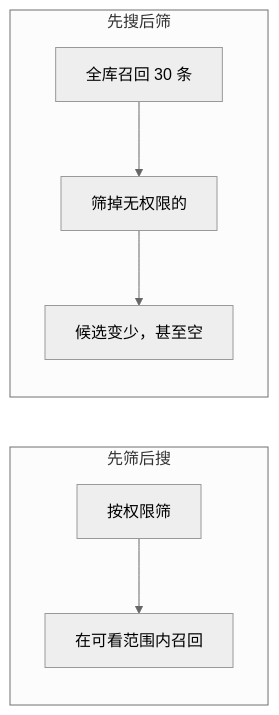
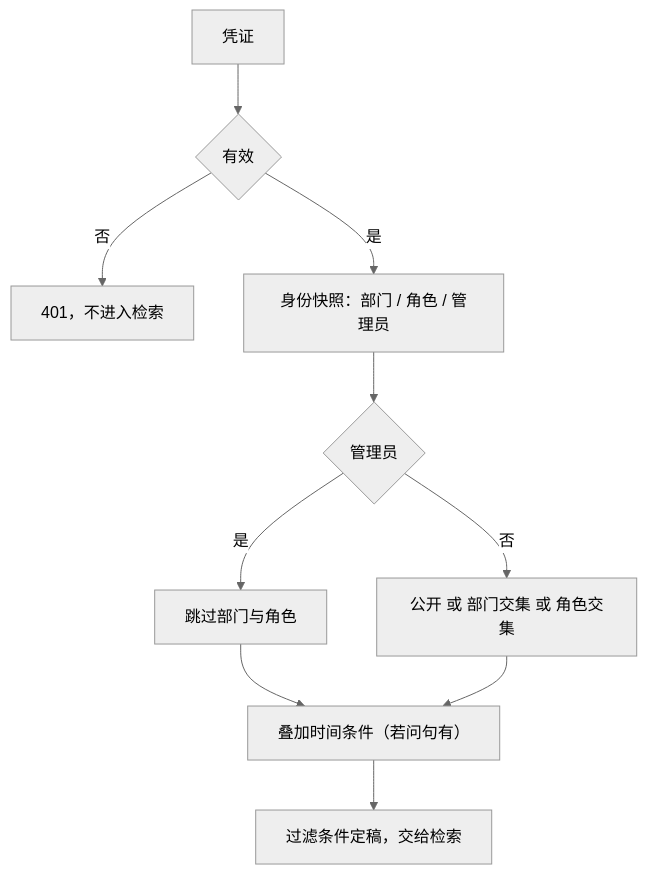
Before and after one commit to kvchen95/ai-rag: the eighth of 15 diagrams in 详细设计.md, drawn with Mermaid (neutral theme). The commit also changed other lines of this file, not shown here.

Commit message:
docs: 重写详细设计文档，按架构图集与概要设计细化

````diff
--- a/详细设计.md
+++ b/详细设计.md
@@ -334,10 +346,12 @@
 ```mermaid
-flowchart LR
-    subgraph A["先筛后搜"]
-        A1["按权限筛"] --> A2["在可看范围内召回"]
-    end
-    subgraph B["先搜后筛"]
-        B1["全库召回 30 条"] --> B2["筛掉无权限的"]
-        B2 --> B3["候选变少，甚至空"]
-    end
+flowchart TD
+    A["凭证"] --> B{"有效"}
+    B -- 否 --> E1["401，不进入检索"]
+    B -- 是 --> C["身份快照：部门 / 角色 / 管理员"]
+    C --> D{"管理员"}
+    D -- 是 --> F1["跳过部门与角色"]
+    D -- 否 --> F2["公开 或 部门交集 或 角色交集"]
+    F1 --> G["叠加时间条件（若问句有）"]
+    F2 --> G
+    G --> H["过滤条件定稿，交给检索"]
 ```
````
